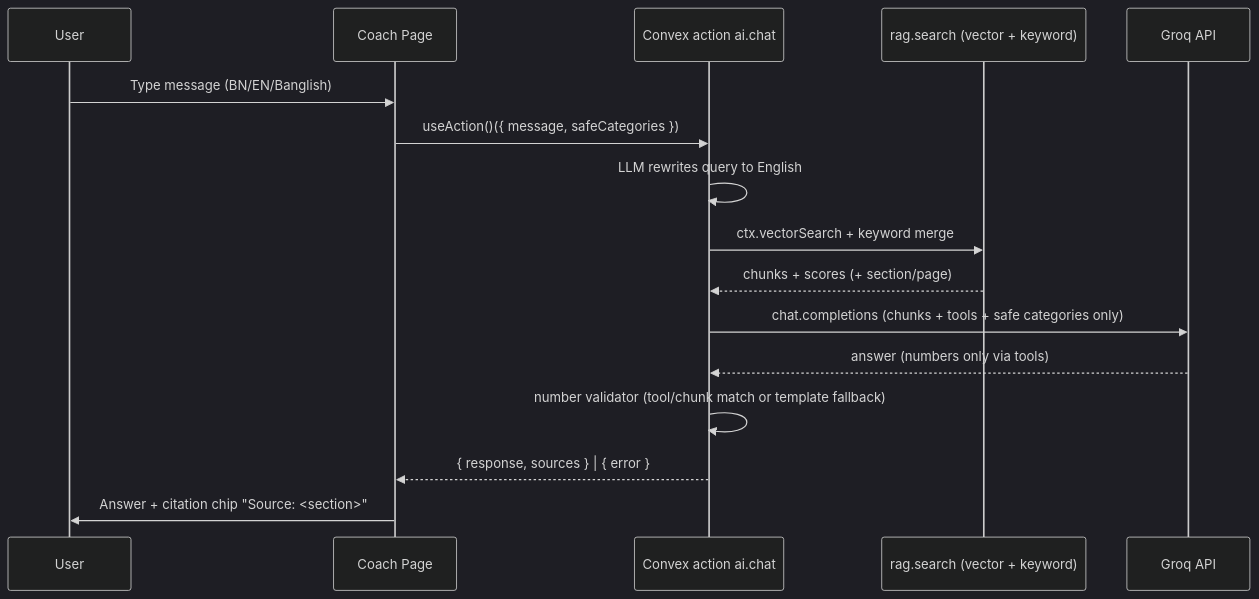
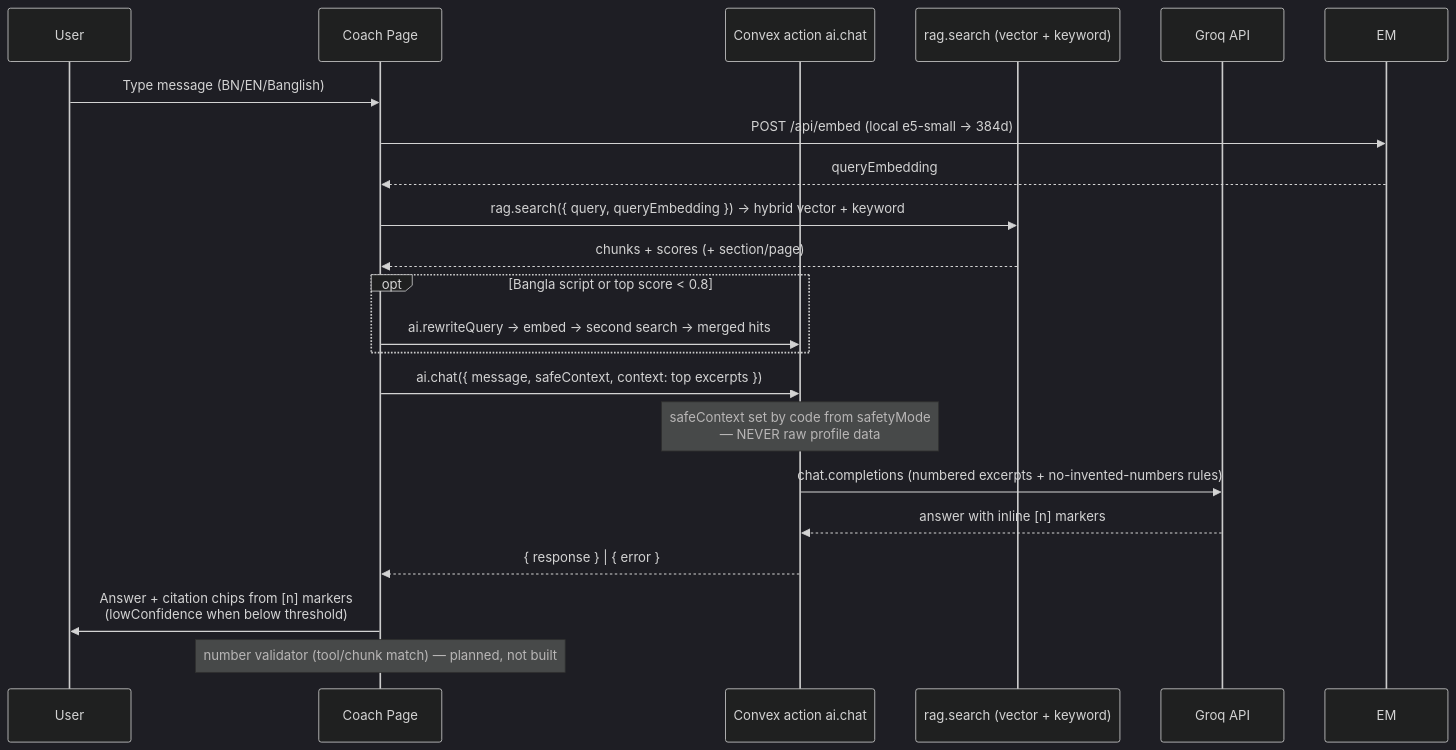
Before and after one commit to Moballig/habitforge: the third of 5 diagrams in docs/ARCHITECTURE.md, drawn with Mermaid (dark theme). The commit also changed other lines of this file and 10 other files, not shown here.

````diff
--- a/docs/ARCHITECTURE.md
+++ b/docs/ARCHITECTURE.md
@@ -265,19 +265,24 @@
 ```mermaid
 sequenceDiagram
     participant U as User
     participant UI as Coach Page
     participant A as Convex action ai.chat
     participant E as rag.search (vector + keyword)
     participant G as Groq API
 
     U->>UI: Type message (BN/EN/Banglish)
-    UI->>A: useAction()({ message, safeCategories })
-    A->>A: LLM rewrites query to English
-    A->>E: ctx.vectorSearch + keyword merge
-    E-->>A: chunks + scores (+ section/page)
-    A->>G: chat.completions (chunks + tools + safe categories only)
-    G-->>A: answer (numbers only via tools)
-    A->>A: number validator (tool/chunk match or template fallback)
-    A-->>UI: { response, sources } | { error }
-    UI->>U: Answer + citation chip "Source: <section>"
+    UI->>EM: POST /api/embed (local e5-small → 384d)
+    EM-->>UI: queryEmbedding
+    UI->>E: rag.search({ query, queryEmbedding }) → hybrid vector + keyword
+    E-->>UI: chunks + scores (+ section/page)
+    opt Bangla script or top score < 0.8
+        UI->>A: ai.rewriteQuery → embed → second search → merged hits
+    end
+    UI->>A: ai.chat({ message, safeContext, context: top excerpts })
+    Note over A: safeContext set by code from safetyMode<br/>— NEVER raw profile data
+    A->>G: chat.completions (numbered excerpts + no-invented-numbers rules)
+    G-->>A: answer with inline [n] markers
+    A-->>UI: { response } | { error }
+    UI->>U: Answer + citation chips from [n] markers<br/>(lowConfidence when below threshold)
+    Note over UI: number validator (tool/chunk match) — planned, not built
 ```
````
